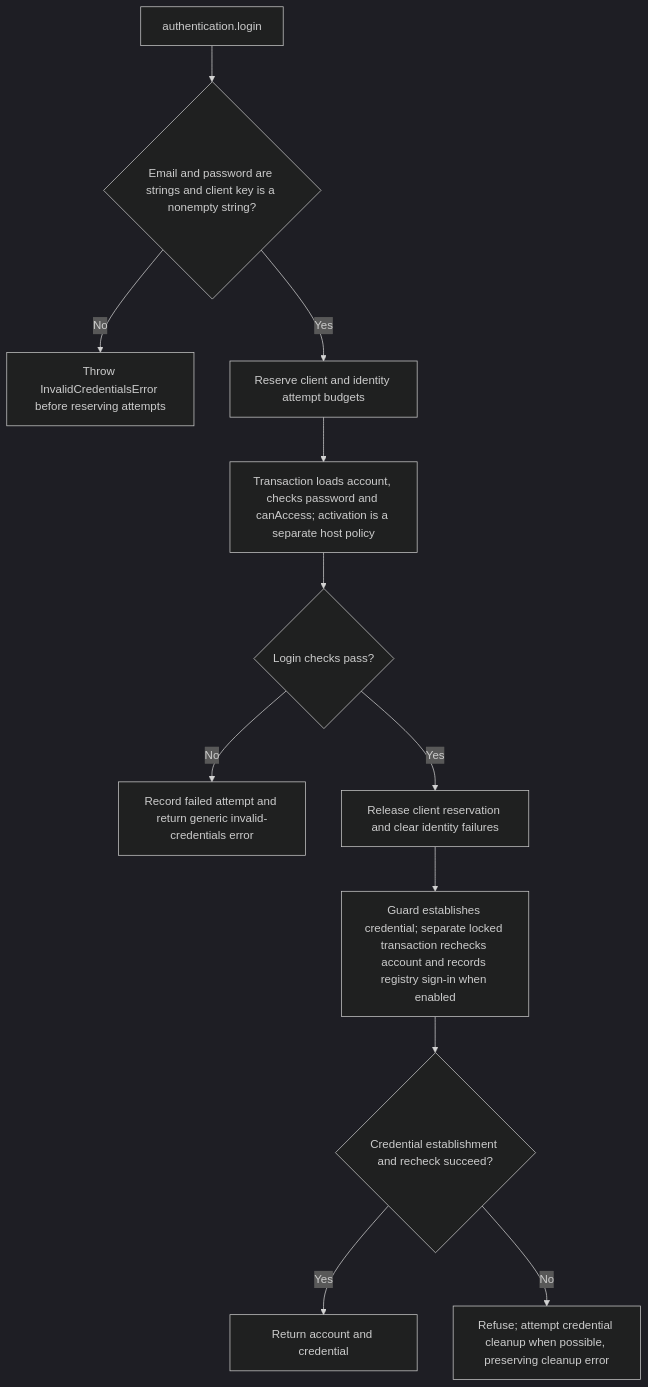
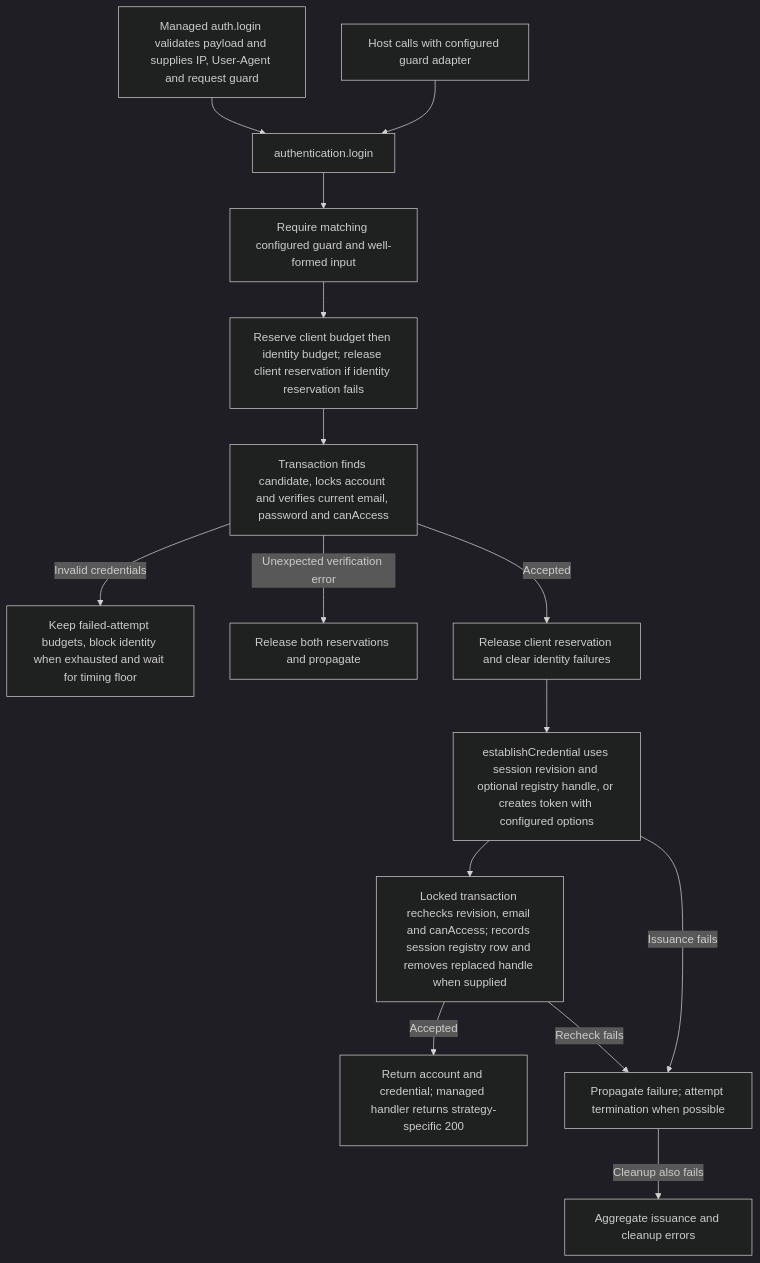
The second of 2 diagrams in user-stories/US-ACCOUNT-03-sign-in.md (Kevinjohn/oss-adonisjs-account-kit), drawn with Mermaid (dark theme) before and after one commit. The commit also changed other lines of this file and 70 other files, not shown here.

Commit message:
Refresh the Account Kit user story catalogue for 0.6.0

````diff
--- a/user-stories/US-ACCOUNT-03-sign-in.md
+++ b/user-stories/US-ACCOUNT-03-sign-in.md
@@ -35,14 +37,17 @@
 ```mermaid
 flowchart TD
- A["authentication.login"] --> M{"Email and password are strings and client key is a nonempty string?"}
- M -->|No| N["Throw InvalidCredentialsError before reserving attempts"]
- M -->|Yes| B["Reserve client and identity attempt budgets"]
- B --> C["Transaction loads account, checks password and canAccess; activation is a separate host policy"]
- C --> D{"Login checks pass?"}
- D -->|No| E["Record failed attempt and return generic invalid-credentials error"]
- D -->|Yes| R["Release client reservation and clear identity failures"]
- R --> F["Guard establishes credential; separate locked transaction rechecks account and records registry sign-in when enabled"]
- F --> H{"Credential establishment and recheck succeed?"}
- H -->|Yes| G["Return account and credential"]
- H -->|No| I["Refuse; attempt credential cleanup when possible, preserving cleanup error"]
+  U["Managed auth.login validates payload and supplies IP, User-Agent and request guard"] --> A["authentication.login"]
+  V["Host calls with configured guard adapter"] --> A
+  A --> M["Require matching configured guard and well-formed input"]
+  M --> B["Reserve client budget then identity budget; release client reservation if identity reservation fails"]
+  B --> C["Transaction finds candidate, locks account and verifies current email, password and canAccess"]
+  C -->|Invalid credentials| E["Keep failed-attempt budgets, block identity when exhausted and wait for timing floor"]
+  C -->|Unexpected verification error| EE["Release both reservations and propagate"]
+  C -->|Accepted| R["Release client reservation and clear identity failures"]
+  R --> S["establishCredential uses session revision and optional registry handle, or creates token with configured options"]
+  S --> F["Locked transaction rechecks revision, email and canAccess; records session registry row and removes replaced handle when supplied"]
+  F -->|Accepted| G["Return account and credential; managed handler returns strategy-specific 200"]
+  S -->|Issuance fails| I["Propagate failure; attempt termination when possible"]
+  F -->|Recheck fails| I
+  I -->|Cleanup also fails| J["Aggregate issuance and cleanup errors"]
 ```
````
